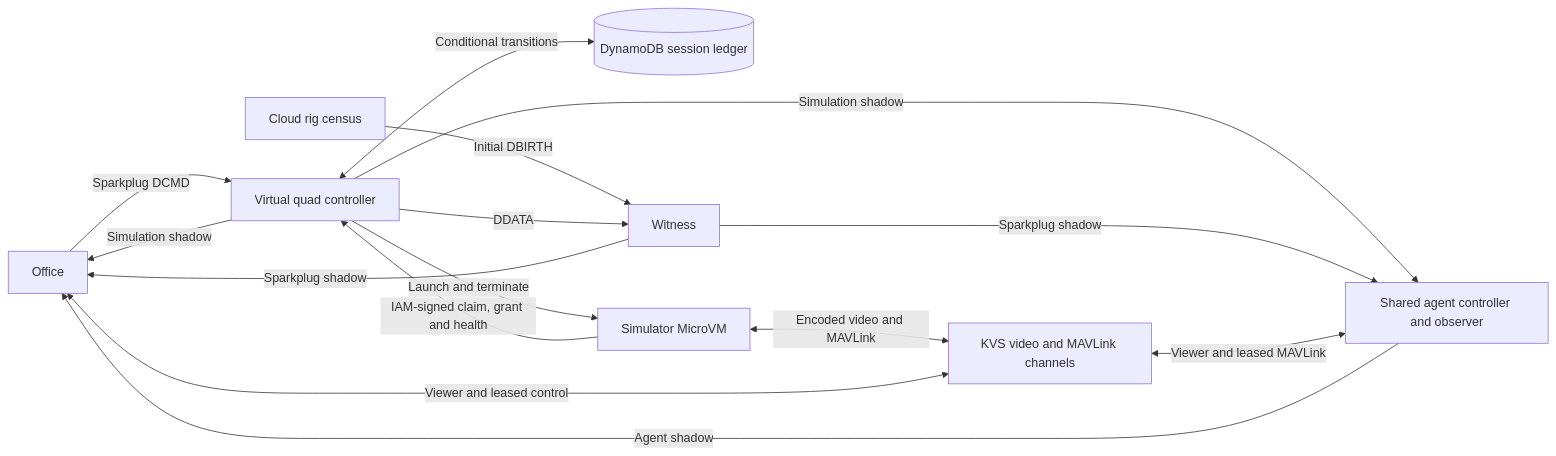
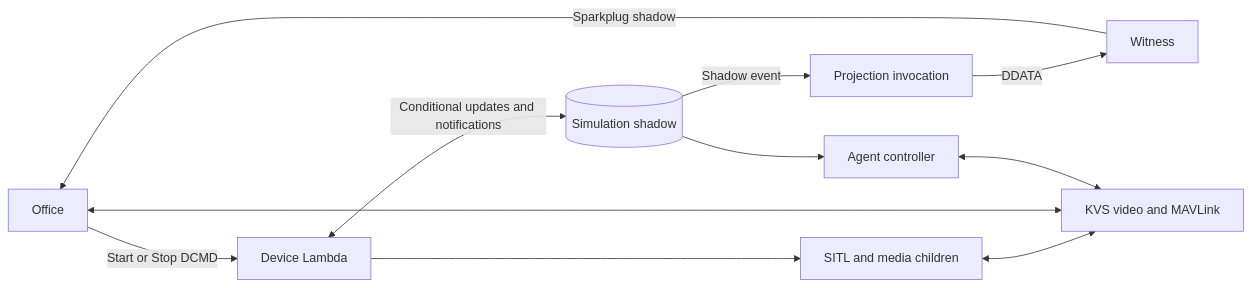
The diagram in docs/virtual-quadcopter-architecture.md (mparkachov/txing), drawn with Mermaid before and after one commit. The commit also changed other lines of this file and 51 other files, not shown here.

Commit message:
Simplify unit rig shadow and BLE compatibility

````diff
--- a/docs/virtual-quadcopter-architecture.md
+++ b/docs/virtual-quadcopter-architecture.md
@@ -47,25 +30,13 @@
 ```mermaid
 flowchart LR
-    O[Office]
-    G[Cloud rig census]
-    C[Virtual quad controller]
-    L[(DynamoDB session ledger)]
-    W[Witness]
-    R[Simulator MicroVM]
-    K[KVS video and MAVLink channels]
-    A[Shared agent controller and observer]
-    G -->|Initial DBIRTH| W
-    O -->|Sparkplug DCMD| C
-    C <-->|Conditional transitions| L
-    C -->|Launch and terminate| R
-    R -->|IAM-signed claim, grant and health| C
-    C -->|DDATA| W
-    C -->|Simulation shadow| O
+    O[Office] -->|Start or Stop DCMD| C[Device Lambda]
+    C <-->|Conditional updates and notifications| S[(Simulation shadow)]
+    S -->|Shadow event| P[Projection invocation]
+    P -->|DDATA| W[Witness]
     W -->|Sparkplug shadow| O
-    C -->|Simulation shadow| A
-    W -->|Sparkplug shadow| A
-    R <-->|Encoded video and MAVLink| K
-    O <-->|Viewer and leased control| K
-    K <-->|Viewer and leased MAVLink| A
-    A -->|Agent shadow| O
+    S --> A[Agent controller]
+    C --> R[SITL and media children]
+    R <--> K[KVS video and MAVLink]
+    O <--> K
+    A <--> K
 ```
````
